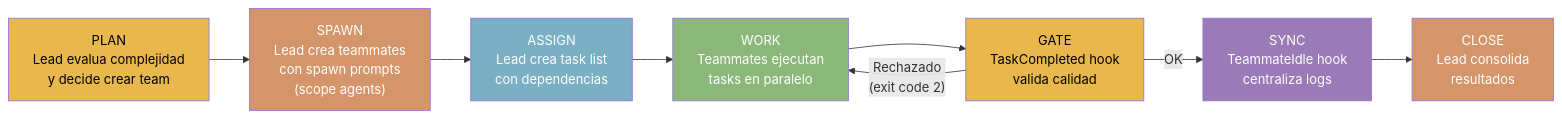
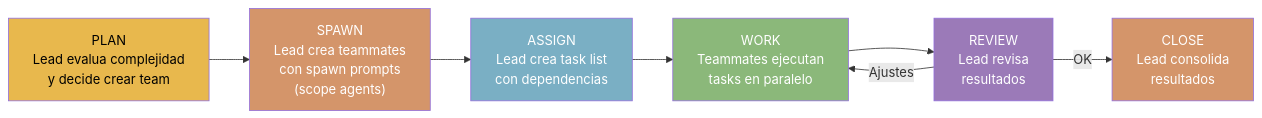
Diagram 12 of 23 in docs/architecture/arquitectura-diagrama.md (jota-batuta/batuta-dots), drawn with Mermaid before and after one commit. The commit also changed other lines of this file and 69 other files, not shown here.

````diff
--- a/docs/architecture/arquitectura-diagrama.md
+++ b/docs/architecture/arquitectura-diagrama.md
@@ -458,24 +414,21 @@
 ```mermaid
 flowchart LR
     PLAN["PLAN<br/>Lead evalua complejidad<br/>y decide crear team"]
     SPAWN["SPAWN<br/>Lead crea teammates<br/>con spawn prompts<br/>(scope agents)"]
     ASSIGN["ASSIGN<br/>Lead crea task list<br/>con dependencias"]
     WORK["WORK<br/>Teammates ejecutan<br/>tasks en paralelo"]
-    HOOKGATE["GATE<br/>TaskCompleted hook<br/>valida calidad"]
-    SYNC["SYNC<br/>TeammateIdle hook<br/>centraliza logs"]
+    REVIEW["REVIEW<br/>Lead revisa<br/>resultados"]
     CLOSE["CLOSE<br/>Lead consolida<br/>resultados"]
 
     PLAN --> SPAWN --> ASSIGN --> WORK
-    WORK --> HOOKGATE
-    HOOKGATE -->|"OK"| SYNC
-    HOOKGATE -->|"Rechazado<br/>(exit code 2)"| WORK
-    SYNC --> CLOSE
+    WORK --> REVIEW
+    REVIEW -->|"OK"| CLOSE
+    REVIEW -->|"Ajustes"| WORK
 
     style PLAN fill:#E8B84D,color:#000
     style SPAWN fill:#D4956A,color:#fff
     style ASSIGN fill:#7AAFC4,color:#fff
     style WORK fill:#8BB87A,color:#fff
-    style HOOKGATE fill:#E8B84D,color:#000
-    style SYNC fill:#9B7AB8,color:#fff
+    style REVIEW fill:#9B7AB8,color:#fff
     style CLOSE fill:#D4956A,color:#fff
 ```
````
